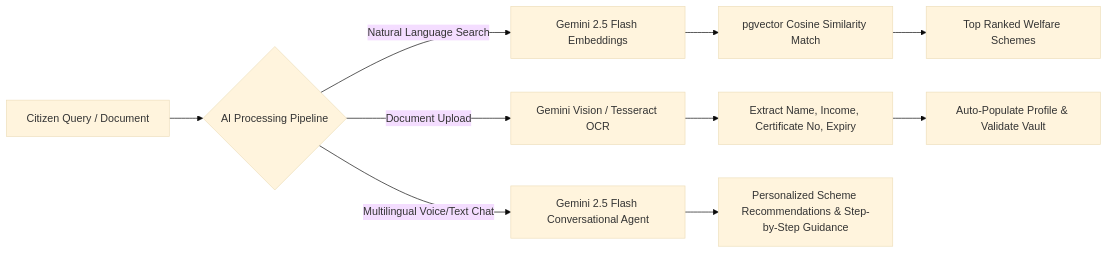
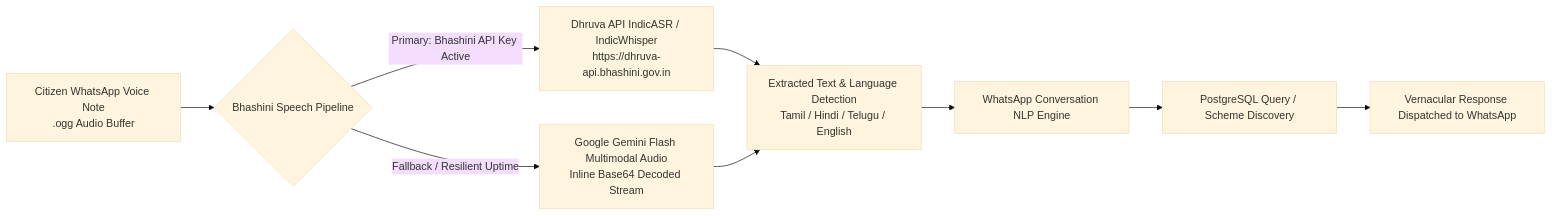
The second of 4 diagrams in project.md (vip-sk07/Smart_Beneficiary_Mapping_System_Edition_2), drawn with Mermaid (base theme) before and after one commit. The commit also changed other lines of this file, not shown here.

Commit message:
docs: expand project.md with Bhashini Indic speech AI, myScheme benchmark comparison, GPS e-Seva discovery, and browser agent

````diff
--- a/project.md
+++ b/project.md
@@ -99,14 +182,17 @@
 ```mermaid
 flowchart LR
-    A[Citizen Query / Document] --> B{AI Processing Pipeline}
-    B -->|Natural Language Search| C[Gemini 2.5 Flash Embeddings]
-    C --> D[pgvector Cosine Similarity Match]
-    D --> E[Top Ranked Welfare Schemes]
+    A[Citizen WhatsApp Voice Note
+.ogg Audio Buffer] --> B{Bhashini Speech Pipeline}
+    B -->|Primary: Bhashini API Key Active| C[Dhruva API IndicASR / IndicWhisper
+https://dhruva-api.bhashini.gov.in]
+    B -->|Fallback / Resilient Uptime| D[Google Gemini Flash Multimodal Audio
+Inline Base64 Decoded Stream]
     
-    B -->|Document Upload| F[Gemini Vision / Tesseract OCR]
-    F --> G[Extract Name, Income, Certificate No, Expiry]
-    G --> H[Auto-Populate Profile & Validate Vault]
+    C --> E[Extracted Text & Language Detection
+Tamil / Hindi / Telugu / English]
+    D --> E
     
-    B -->|Multilingual Voice/Text Chat| I[Gemini 2.5 Flash Conversational Agent]
-    I --> J[Personalized Scheme Recommendations & Step-by-Step Guidance]
+    E --> F[WhatsApp Conversation NLP Engine]
+    F --> G[PostgreSQL Query / Scheme Discovery]
+    G --> H[Vernacular Response Dispatched to WhatsApp]
 ```
````
